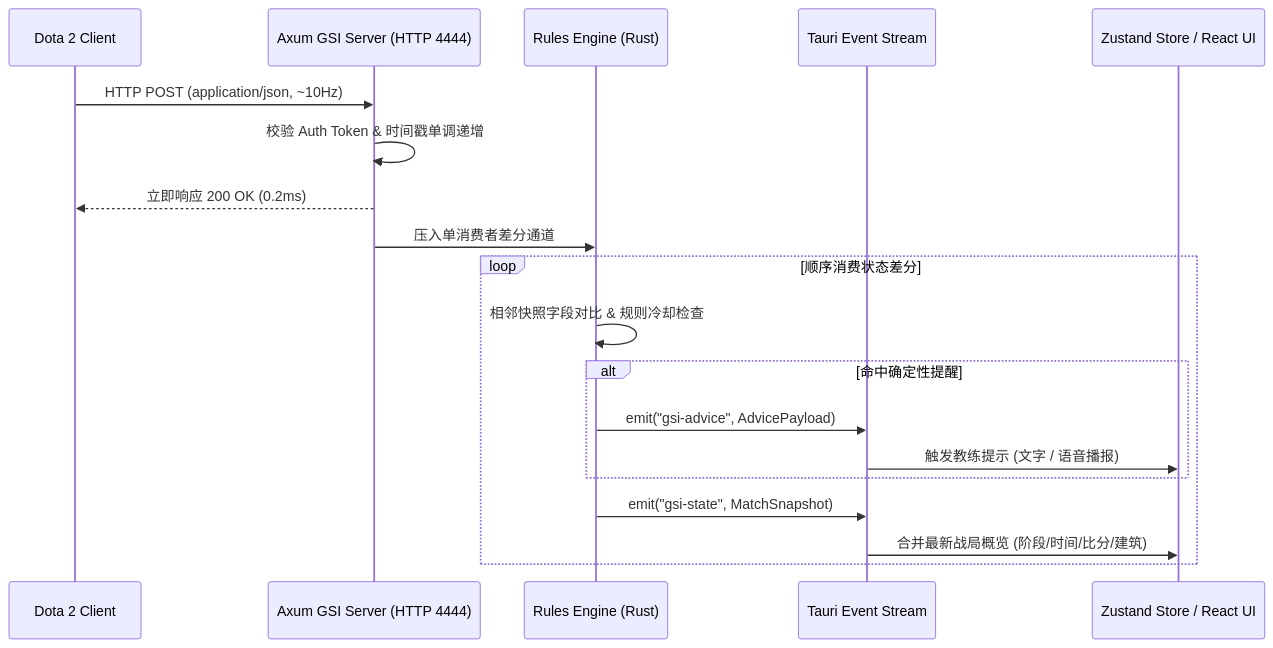
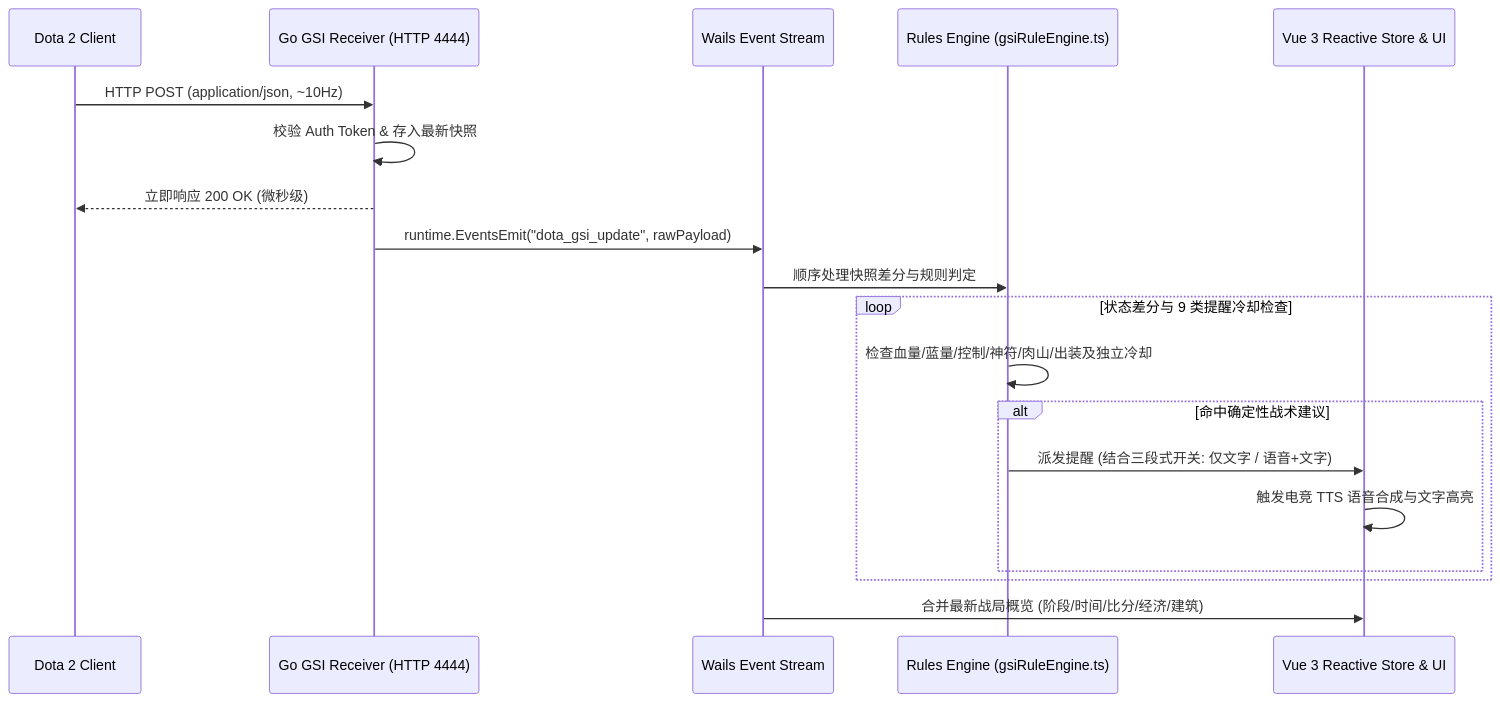
One commit to filusilia/tiny-coach changed the first of 2 diagrams in docs/SUBSYSTEM_RUNTIMES.md. Above: the diagram before and after it, drawn with Mermaid. The commit also changed other lines of this file and 170 other files, not shown here.

````diff
--- a/docs/SUBSYSTEM_RUNTIMES.md
+++ b/docs/SUBSYSTEM_RUNTIMES.md
@@ -11,22 +11,22 @@
 ```mermaid
 sequenceDiagram
     participant Dota as Dota 2 Client
-    participant Axum as Axum GSI Server (HTTP 4444)
-    participant Engine as Rules Engine (Rust)
-    participant IPC as Tauri Event Stream
-    participant UI as Zustand Store / React UI
+    participant GoHTTP as Go GSI Receiver (HTTP 4444)
+    participant Wails as Wails Event Stream
+    participant Engine as Rules Engine (gsiRuleEngine.ts)
+    participant Store as Vue 3 Reactive Store & UI
 
-    Dota->>Axum: HTTP POST (application/json, ~10Hz)
-    Axum->>Axum: 校验 Auth Token & 时间戳单调递增
-    Axum-->>Dota: 立即响应 200 OK (0.2ms)
-    Axum->>Engine: 压入单消费者差分通道
-    loop 顺序消费状态差分
-        Engine->>Engine: 相邻快照字段对比 & 规则冷却检查
-        alt 命中确定性提醒
-            Engine->>IPC: emit("gsi-advice", AdvicePayload)
-            IPC->>UI: 触发教练提示 (文字 / 语音播报)
+    Dota->>GoHTTP: HTTP POST (application/json, ~10Hz)
+    GoHTTP->>GoHTTP: 校验 Auth Token & 存入最新快照
+    GoHTTP-->>Dota: 立即响应 200 OK (微秒级)
+    GoHTTP->>Wails: runtime.EventsEmit("dota_gsi_update", rawPayload)
+    Wails->>Engine: 顺序处理快照差分与规则判定
+    loop 状态差分与 9 类提醒冷却检查
+        Engine->>Engine: 检查血量/蓝量/控制/神符/肉山/出装及独立冷却
+        alt 命中确定性战术建议
+            Engine->>Store: 派发提醒 (结合三段式开关: 仅文字 / 语音+文字)
+            Store->>Store: 触发电竞 TTS 语音合成与文字高亮
         end
-        Engine->>IPC: emit("gsi-state", MatchSnapshot)
-        IPC->>UI: 合并最新战局概览 (阶段/时间/比分/建筑)
     end
+    Wails->>Store: 合并最新战局概览 (阶段/时间/比分/经济/建筑)
 ```
````
